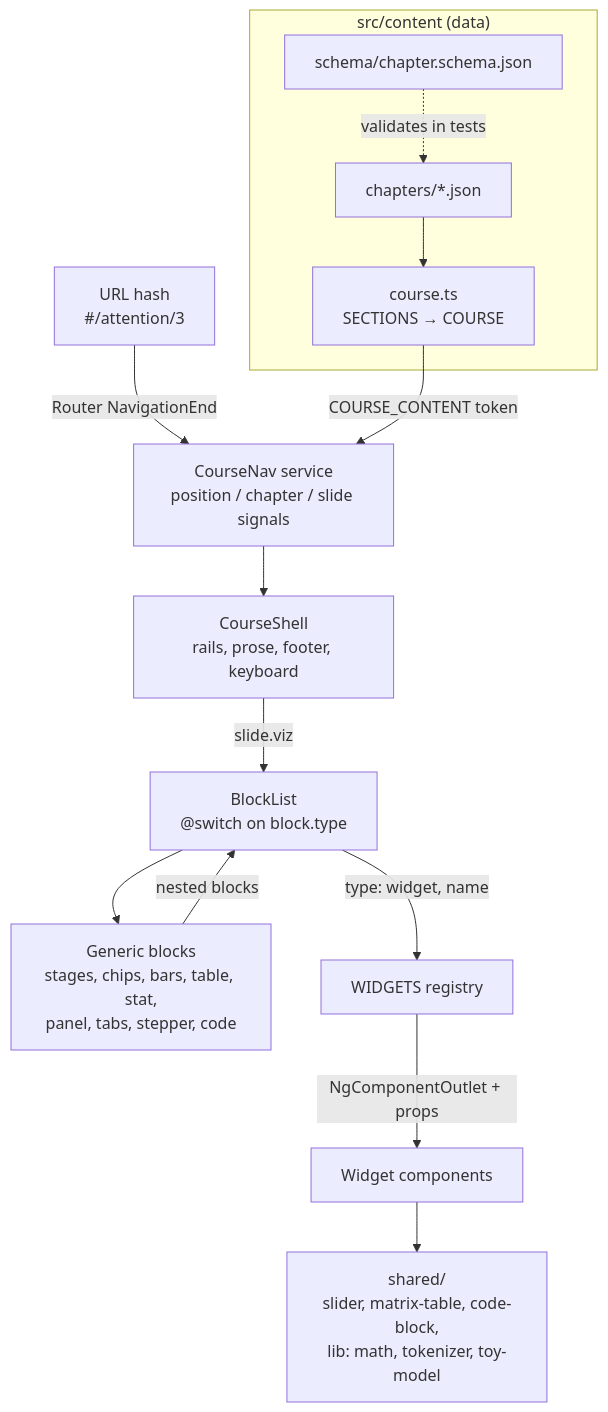
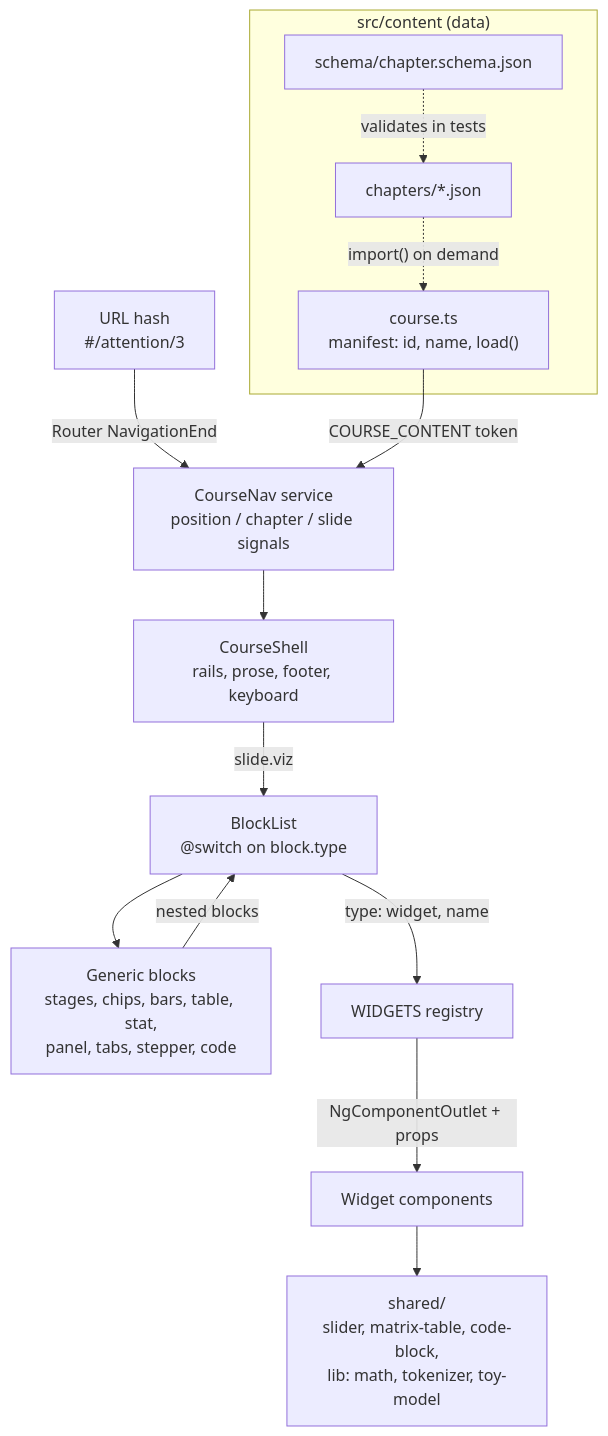
Before and after one commit to sgarg5858/ai-unboxed: the diagram in ARCHITECTURE.md, drawn with Mermaid. The commit also changed other lines of this file and 18 other files, not shown here.

````diff
--- a/ARCHITECTURE.md
+++ b/ARCHITECTURE.md
@@ -18,16 +18,16 @@
 ```mermaid
 flowchart TD
   URL["URL hash<br/>#/attention/3"] -->|Router NavigationEnd| NAV
   subgraph content ["src/content (data)"]
-    JSON["chapters/*.json"] --> COURSE["course.ts<br/>SECTIONS → COURSE"]
+    JSON["chapters/*.json"] -. "import() on demand" .-> COURSE["course.ts<br/>manifest: id, name, load()"]
     SCHEMA["schema/chapter.schema.json"] -. validates in tests .-> JSON
   end
   COURSE -->|COURSE_CONTENT token| NAV["CourseNav service<br/>position / chapter / slide signals"]
   NAV --> SHELL["CourseShell<br/>rails, prose, footer, keyboard"]
   SHELL -->|slide.viz| BL["BlockList<br/>@switch on block.type"]
   BL --> GEN["Generic blocks<br/>stages, chips, bars, table, stat,<br/>panel, tabs, stepper, code"]
   BL -->|"type: widget, name"| REG["WIDGETS registry"]
   REG -->|NgComponentOutlet + props| W["Widget components"]
   GEN -->|nested blocks| BL
   W --> SHARED["shared/<br/>slider, matrix-table, code-block,<br/>lib: math, tokenizer, toy-model"]
 ```
````
